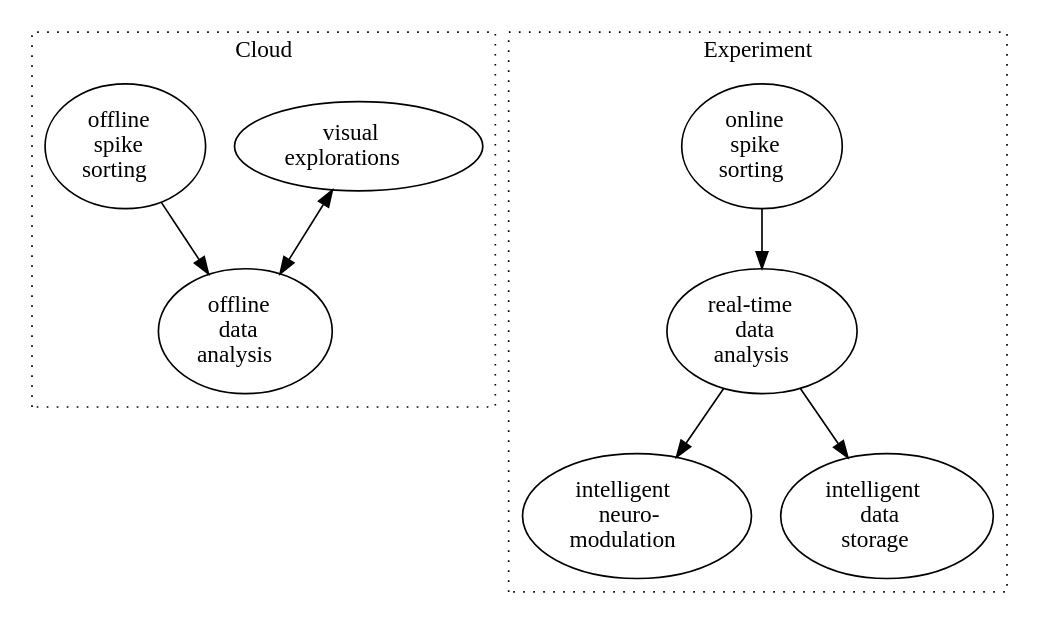
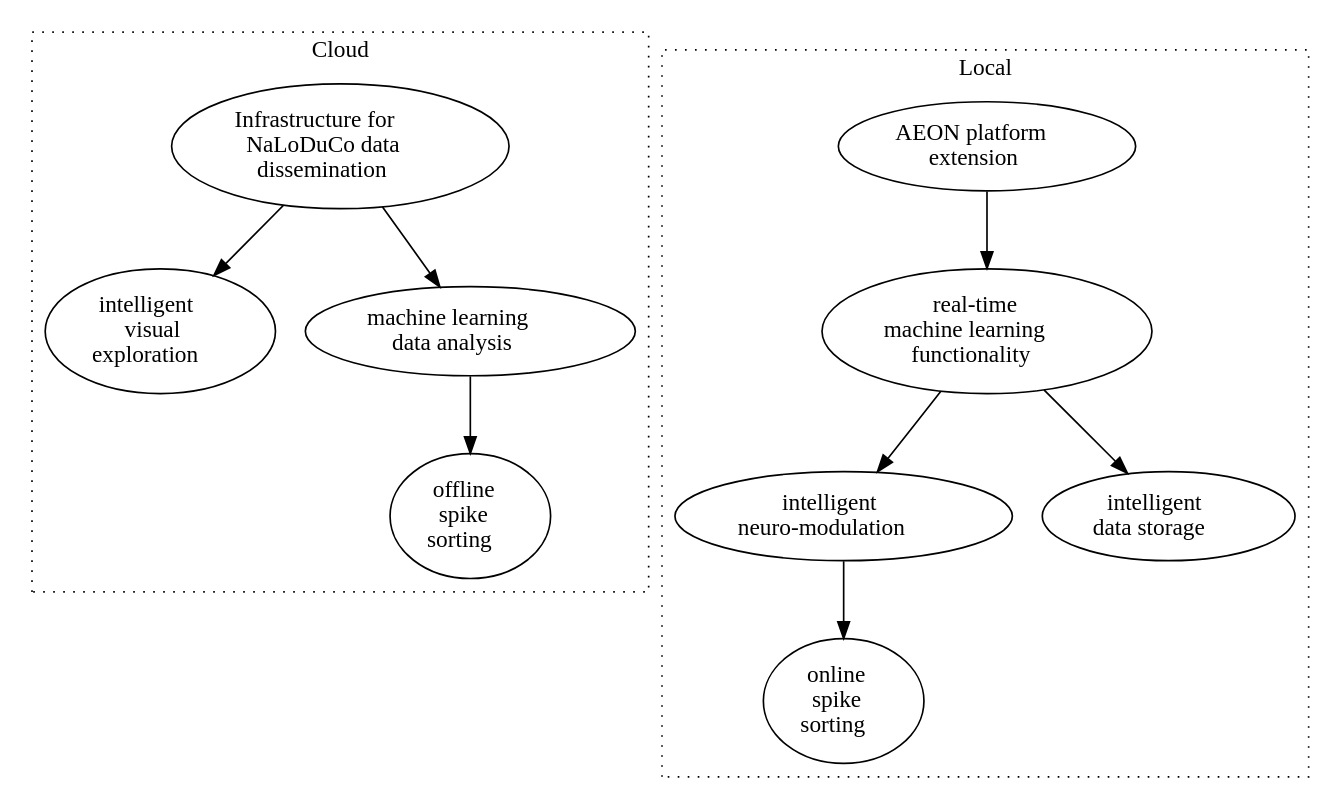
Before and after one commit to joacorapela/bbsrc-nsfbio24: the diagram in temporary/application/figures/aims.dot, drawn with Graphviz.

Commit message:
Several modifications (before simplification)

```diff
--- a/temporary/application/figures/aims.dot
+++ b/temporary/application/figures/aims.dot
@@ -1,22 +1,26 @@
 digraph g {
   subgraph cluster_cloud { 
-    visualExploration [label=<<FONT COLOR="BLACK">visual<br/>explorations</FONT>>];
-    dataAnalysis [label=<<FONT COLOR="BLACK">offline<br/>data<br/>analysis</FONT>>];
+    dissemination [label=<<FONT COLOR="BLACK">Infrastructure for<br/>NaLoDuCo data<br/>dissemination</FONT>>];
+    visualExploration [label=<<FONT COLOR="BLACK">intelligent<br/>visual<br/>exploration</FONT>>];
+    dataAnalysis [label=<<FONT COLOR="BLACK">machine learning<br/>data analysis</FONT>>];
     offlineSpikeSorting [label=<<FONT COLOR="BLACK">offline<br/>spike<br/>sorting</FONT>>];
-    visualExploration -> dataAnalysis [dir=both];
-    offlineSpikeSorting -> dataAnalysis;
+    dissemination -> visualExploration;
+    dissemination -> dataAnalysis;
+    dataAnalysis -> offlineSpikeSorting;
     label="Cloud";
     graph[style=dotted];
   }
-  subgraph cluster_experiment { 
-    realTimeAnalysis [label=<<FONT COLOR="BLACK">real-time<br/>data<br/>analysis</FONT>>];
+  subgraph cluster_local { 
+    aeonExtension [label=<<FONT COLOR="BLACK">AEON platform<br/>extension</FONT>>];
+    realTimeML [label=<<FONT COLOR="BLACK">real-time<br/>machine learning<br/>functionality</FONT>>];
     onlineSpikeSorting [label=<<FONT COLOR="BLACK">online<br/>spike<br/>sorting</FONT>>];
-    neuroModulation [label=<<FONT COLOR="BLACK">intelligent<br/>neuro-<br/>modulation</FONT>>];
-    selectiveStorage [label=<<FONT COLOR="BLACK">intelligent<br/>data<br/>storage</FONT>>];
-    onlineSpikeSorting -> realTimeAnalysis;
-    realTimeAnalysis -> neuroModulation;
-    realTimeAnalysis -> selectiveStorage;
-    label="Experiment";
+    neuroModulation [label=<<FONT COLOR="BLACK">intelligent<br/>neuro-modulation</FONT>>];
+    selectiveStorage [label=<<FONT COLOR="BLACK">intelligent<br/>data storage</FONT>>];
+    aeonExtension -> realTimeML;
+    realTimeML -> neuroModulation;
+    realTimeML -> selectiveStorage;
+    neuroModulation -> onlineSpikeSorting;
+    label="Local";
     graph[style=dotted];
   }
 }
```
